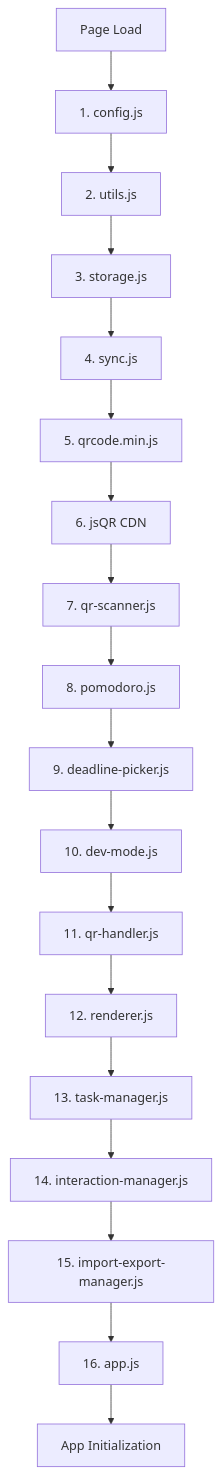
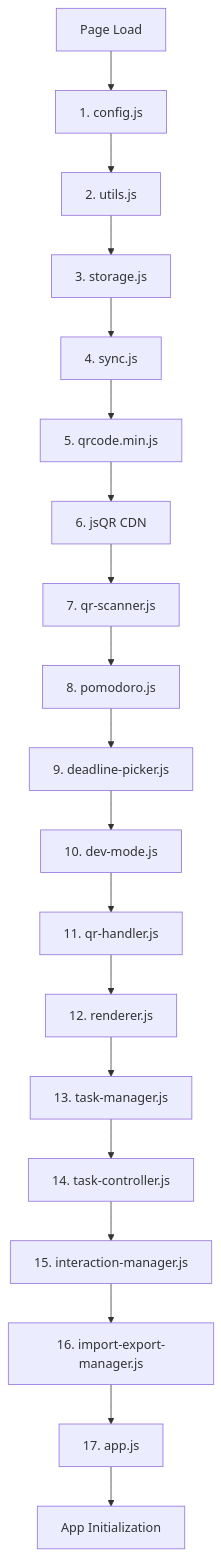
One commit to Mzzkc/do-it-later changed the third of 3 diagrams in docs/codebase-flow/visual/module-dependency-graph.md. Above: the diagram before and after it, drawn with Mermaid. The commit also changed other lines of this file and 20 other files, not shown here.

````diff
--- a/docs/codebase-flow/visual/module-dependency-graph.md
+++ b/docs/codebase-flow/visual/module-dependency-graph.md
@@ -153,20 +166,21 @@
 ```mermaid
 graph TD
     Start[Page Load] --> L1[1. config.js]
     L1 --> L2[2. utils.js]
     L2 --> L3[3. storage.js]
     L3 --> L4[4. sync.js]
     L4 --> L5[5. qrcode.min.js]
     L5 --> L6[6. jsQR CDN]
     L6 --> L7[7. qr-scanner.js]
     L7 --> L8[8. pomodoro.js]
     L8 --> L9[9. deadline-picker.js]
     L9 --> L10[10. dev-mode.js]
     L10 --> L11[11. qr-handler.js]
     L11 --> L12[12. renderer.js]
     L12 --> L13[13. task-manager.js]
-    L13 --> L14[14. interaction-manager.js]
-    L14 --> L15[15. import-export-manager.js]
-    L15 --> L16[16. app.js]
-    L16 --> Init[App Initialization]
+    L13 --> L14[14. task-controller.js]
+    L14 --> L15[15. interaction-manager.js]
+    L15 --> L16[16. import-export-manager.js]
+    L16 --> L17[17. app.js]
+    L17 --> Init[App Initialization]
 ```
````
